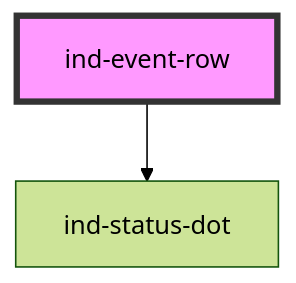
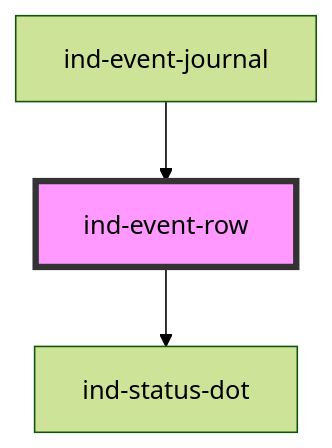
One commit to christophe77/in-ds changed the diagram in packages/core/src/components/molecules/event-row/readme.md. Above: the diagram before and after it, drawn with Mermaid (forest theme). The commit also changed other lines of this file and 106 other files, not shown here.

````diff
--- a/packages/core/src/components/molecules/event-row/readme.md
+++ b/packages/core/src/components/molecules/event-row/readme.md
@@ -39,5 +43,6 @@
 ```mermaid
 graph TD;
   ind-event-row --> ind-status-dot
+  ind-event-journal --> ind-event-row
   style ind-event-row fill:#f9f,stroke:#333,stroke-width:4px
 ```
````
